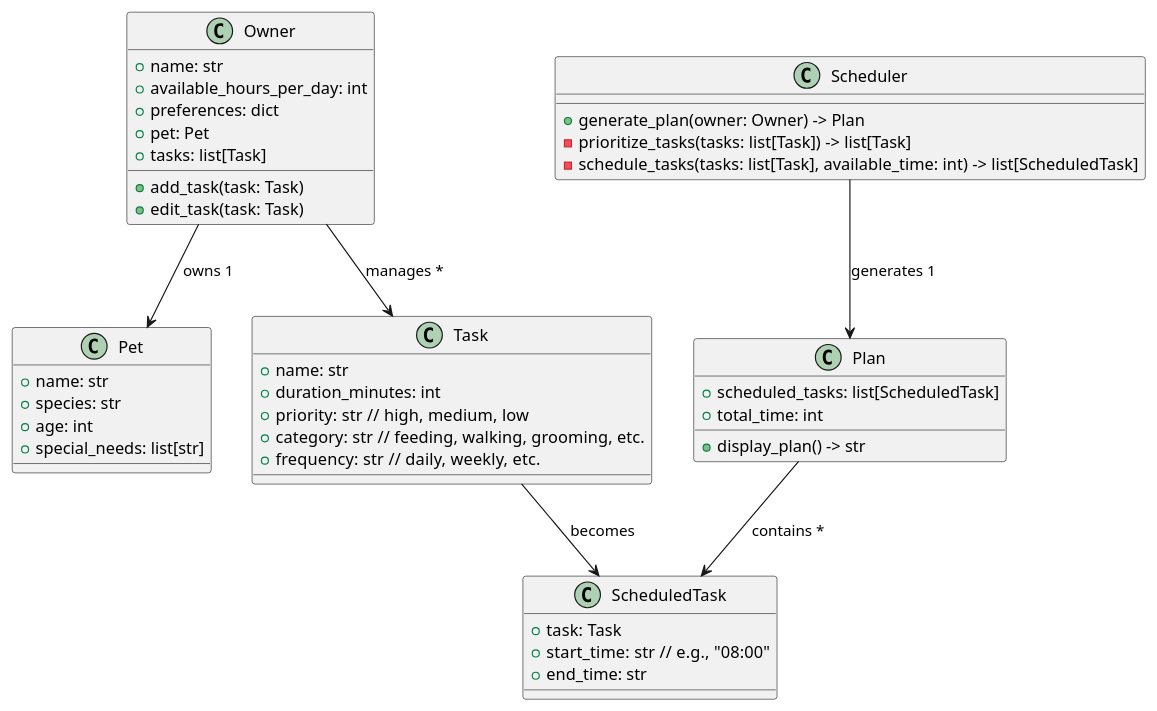
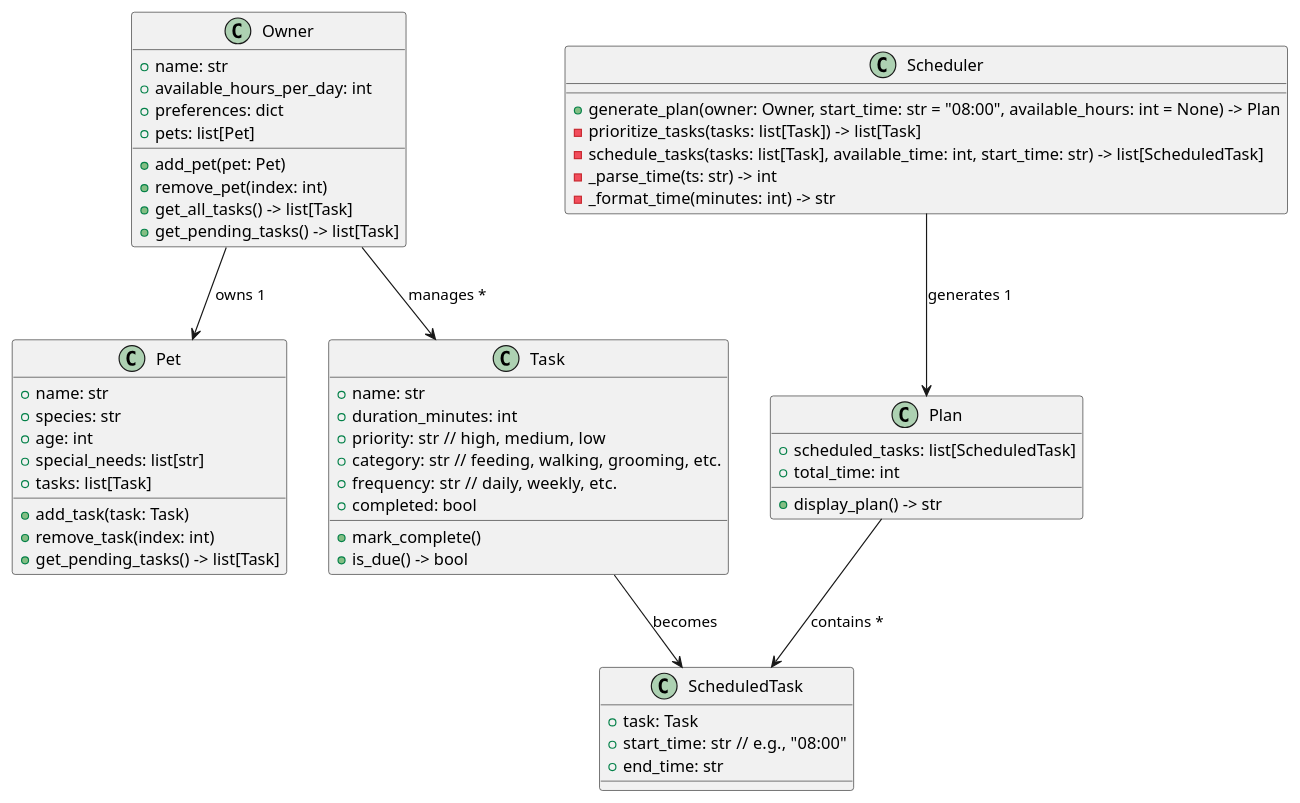
The diagram in uml.wsd (tkien17/ai110-module2show-pawpal-starter), drawn with PlantUML before and after one commit. The commit also changed 5 other files, not shown here.

Commit message:
expand pawpal model with Task completion, multi-pet Owner, and flexible Scheduler + docs

```diff
--- a/uml.wsd
+++ b/uml.wsd
@@ -1,53 +1,63 @@
 @startuml PawPal UML Design
 
 class Pet {
   +name: str
   +species: str
   +age: int
   +special_needs: list[str]
+  +tasks: list[Task]
+  +add_task(task: Task)
+  +remove_task(index: int)
+  +get_pending_tasks() -> list[Task]
 }
 
 class Owner {
   +name: str
   +available_hours_per_day: int
   +preferences: dict
-  +pet: Pet
-  +tasks: list[Task]
-  +add_task(task: Task)
-  +edit_task(task: Task)
+  +pets: list[Pet]
+  +add_pet(pet: Pet)
+  +remove_pet(index: int)
+  +get_all_tasks() -> list[Task]
+  +get_pending_tasks() -> list[Task]
 }
 
 class Task {
   +name: str
   +duration_minutes: int
   +priority: str  // high, medium, low
   +category: str  // feeding, walking, grooming, etc.
   +frequency: str  // daily, weekly, etc.
+  +completed: bool
+  +mark_complete()
+  +is_due() -> bool
 }
 
 class ScheduledTask {
   +task: Task
   +start_time: str  // e.g., "08:00"
   +end_time: str
 }
 
 class Plan {
   +scheduled_tasks: list[ScheduledTask]
   +total_time: int
   +display_plan() -> str
 }
 
 class Scheduler {
-  +generate_plan(owner: Owner) -> Plan
+  +generate_plan(owner: Owner, start_time: str = "08:00", available_hours: int = None) -> Plan
   -prioritize_tasks(tasks: list[Task]) -> list[Task]
-  -schedule_tasks(tasks: list[Task], available_time: int) -> list[ScheduledTask]
+  -schedule_tasks(tasks: list[Task], available_time: int, start_time: str) -> list[ScheduledTask]
+  -_parse_time(ts: str) -> int
+  -_format_time(minutes: int) -> str
 }
 
 ' Relationships
 Owner --> Pet : owns 1
 Owner --> Task : manages *
 Task --> ScheduledTask : becomes
 Scheduler --> Plan : generates 1
 Plan --> ScheduledTask   : contains *
 
 @enduml
```
